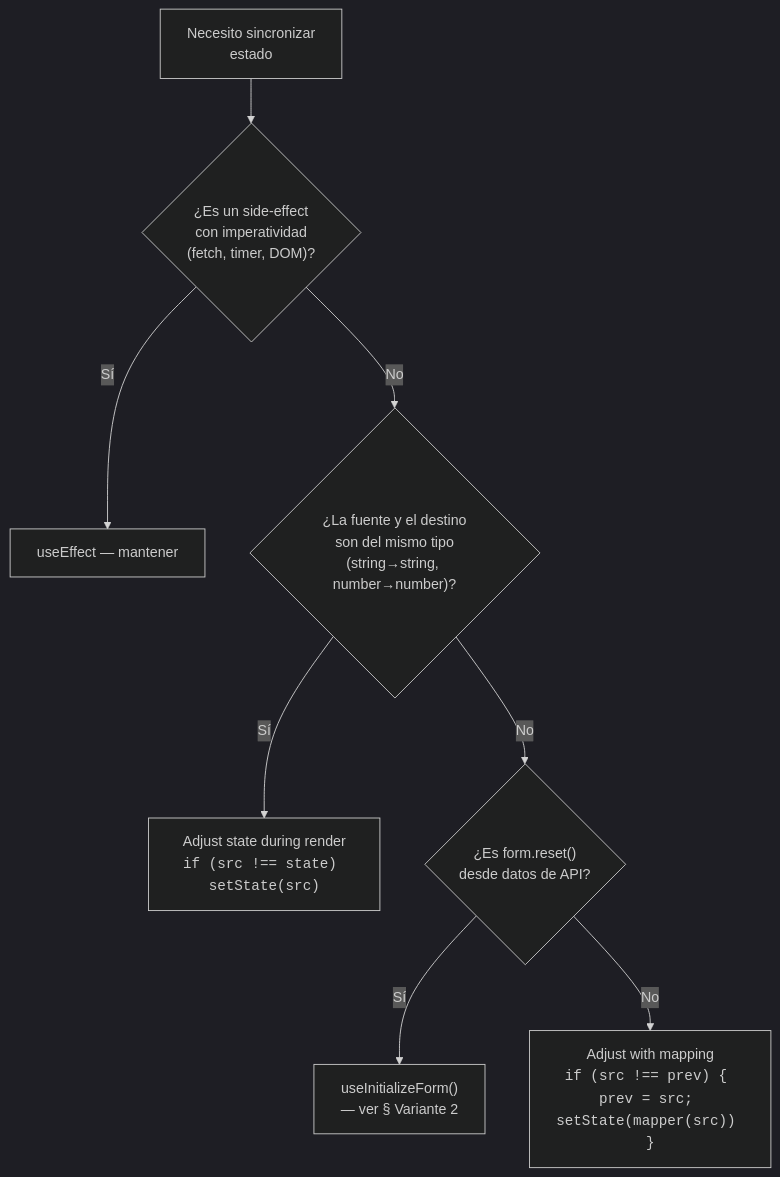
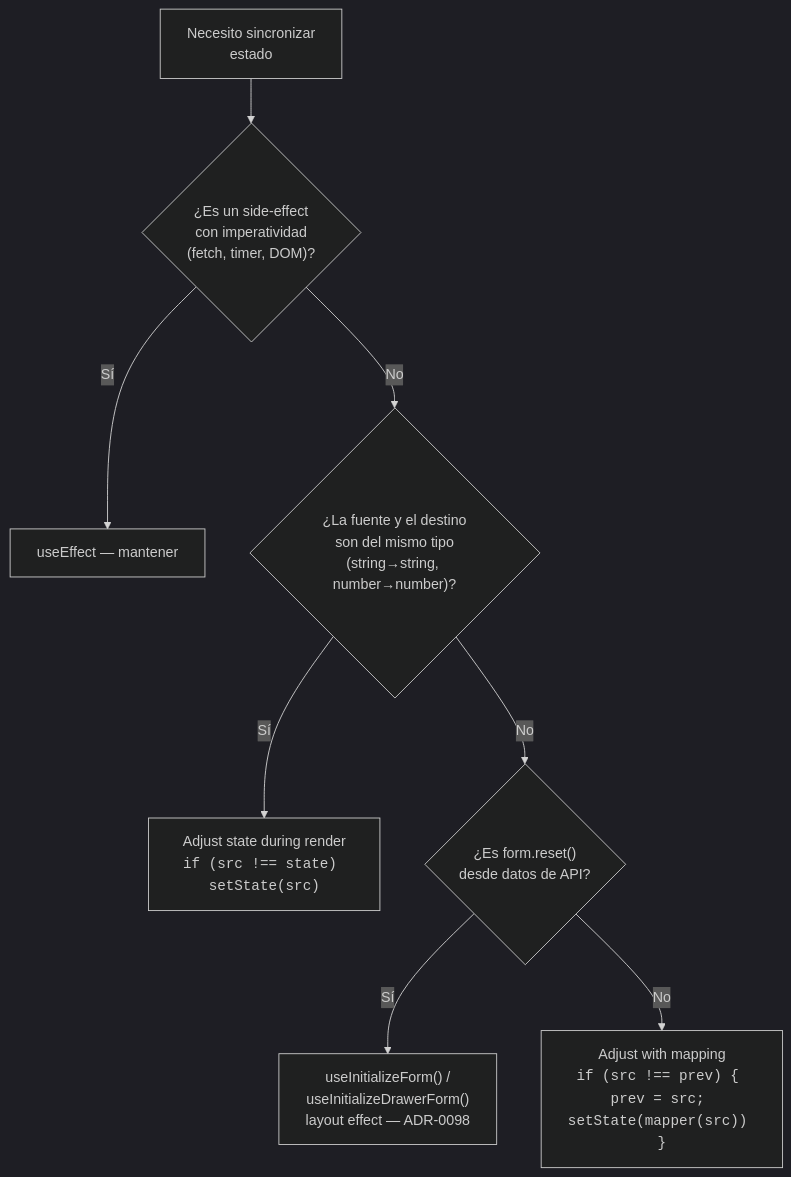
One commit to Patricoaa/ERPGrafico changed the diagram in docs/20-contracts/component-state-sync.md. Above: the diagram before and after it, drawn with Mermaid (dark theme). The commit also changed other lines of this file and 9 other files, not shown here.

First line of the commit message:
fix(forms): initialize react-hook-form in a layout effect

````diff
--- a/docs/20-contracts/component-state-sync.md
+++ b/docs/20-contracts/component-state-sync.md
@@ -89,10 +91,10 @@
 ```mermaid
 graph TD
     START["Necesito sincronizar<br/>estado"] --> Q1{"¿Es un side-effect<br/>con imperatividad<br/>(fetch, timer, DOM)?"}
     Q1 -->|Sí| EFFECT["useEffect — mantener"]
     Q1 -->|No| Q2{"¿La fuente y el destino<br/>son del mismo tipo<br/>(string→string, number→number)?"}
     Q2 -->|Sí| ADJUST["Adjust state during render<br/><code>if (src !== state) setState(src)</code>"]
     Q2 -->|No| Q3{"¿Es form.reset()<br/>desde datos de API?"}
-    Q3 -->|Sí| INIT_HOOK["useInitializeForm()<br/>— ver § Variante 2"]
+    Q3 -->|Sí| INIT_HOOK["useInitializeForm() /<br/>useInitializeDrawerForm()<br/>layout effect — ADR-0098"]
     Q3 -->|No| ADJUST_MAP["Adjust with mapping<br/><code>if (src !== prev) { prev = src; setState(mapper(src)) }</code>"]
 ```
````
